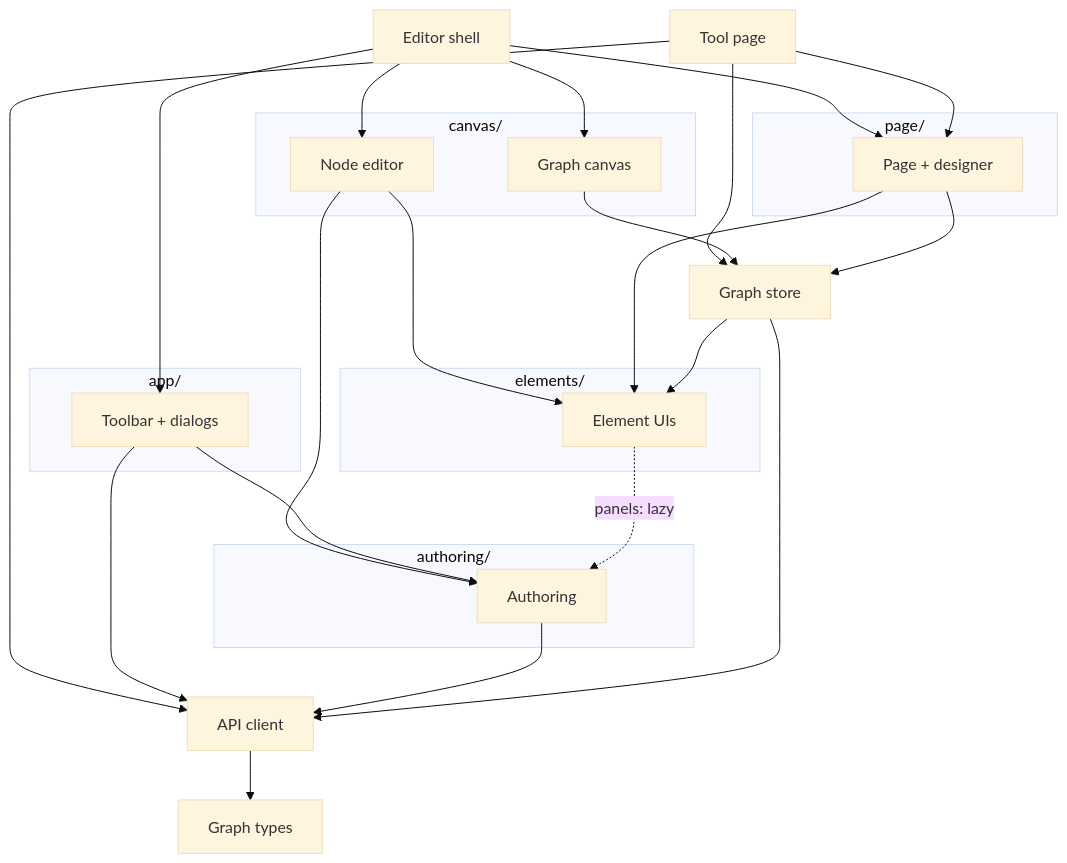
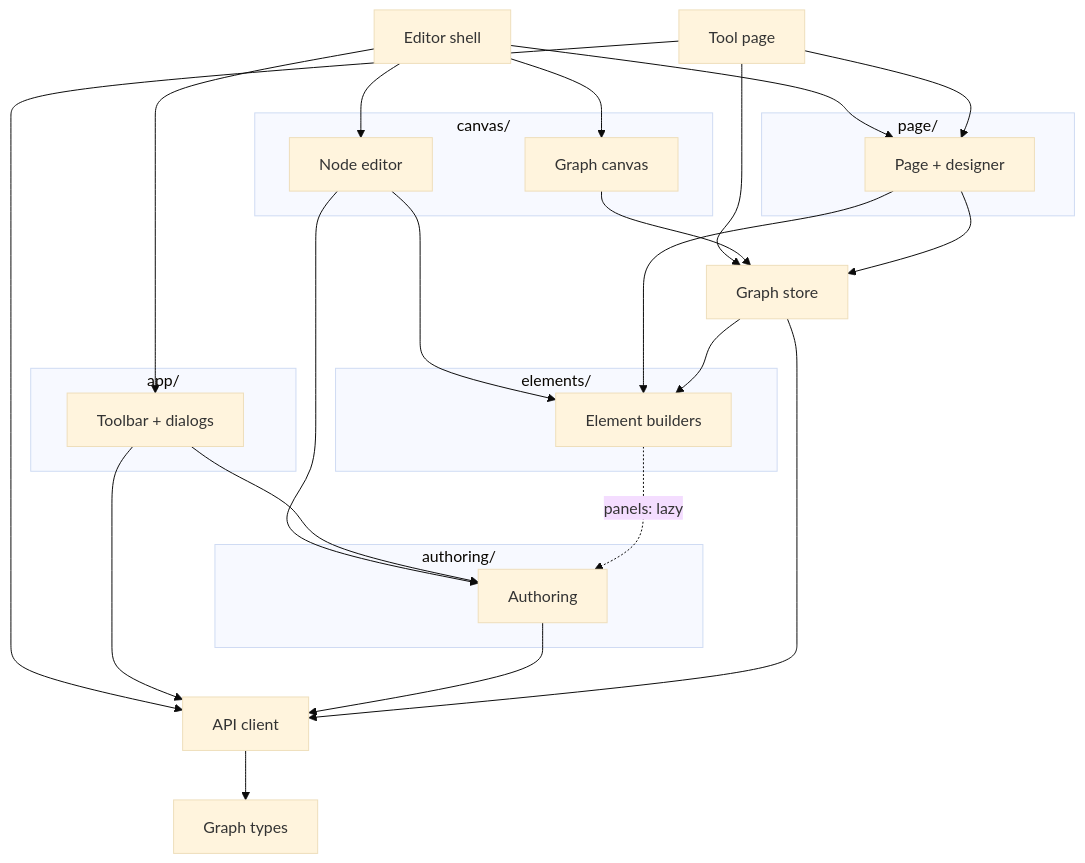
One commit to Archimedes79/AI_Graph changed the fourth of 4 diagrams in arch/overview.md. Above: the diagram before and after it, drawn with Mermaid (base theme). The commit also changed other lines of this file and 228 other files, not shown here.

````diff
--- a/arch/overview.md
+++ b/arch/overview.md
@@ -219,46 +219,46 @@
 ```mermaid
 flowchart TD
   App["Editor shell"]
   Runtime["Tool page"]
 
   subgraph app["app/"]
     Toolbar["Toolbar + dialogs"]
   end
   subgraph canvas["canvas/"]
     Canvas["Graph canvas"]
     NodeEd["Node editor"]
   end
   subgraph page["page/"]
     Page["Page + designer"]
   end
   subgraph elements["elements/"]
-    Registry["Element UIs"]
+    Registry["Element builders"]
   end
   subgraph authoring["authoring/"]
     Authoring["Authoring"]
   end
 
   Store["Graph store"]
   Client["API client"]
   Graph["Graph types"]
 
   App --> Canvas
   App --> NodeEd
   App --> Toolbar
   App --> Page
   Runtime --> Page
   Runtime --> Store
   Runtime --> Client
   Canvas --> Store
   NodeEd --> Registry
   NodeEd --> Authoring
   Toolbar --> Authoring
   Toolbar --> Client
   Page --> Registry
   Page --> Store
   Registry -. "panels: lazy" .-> Authoring
   Authoring --> Client
   Store --> Client
   Store --> Registry
   Client --> Graph
 ```
````
